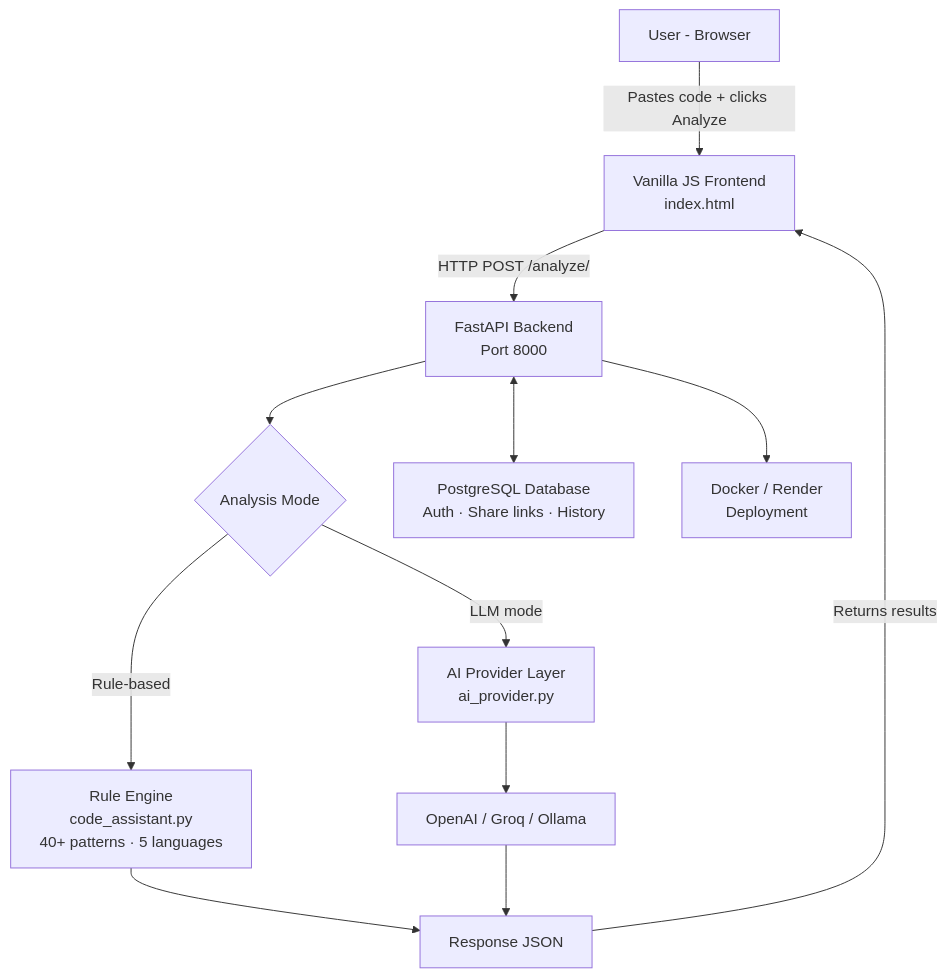
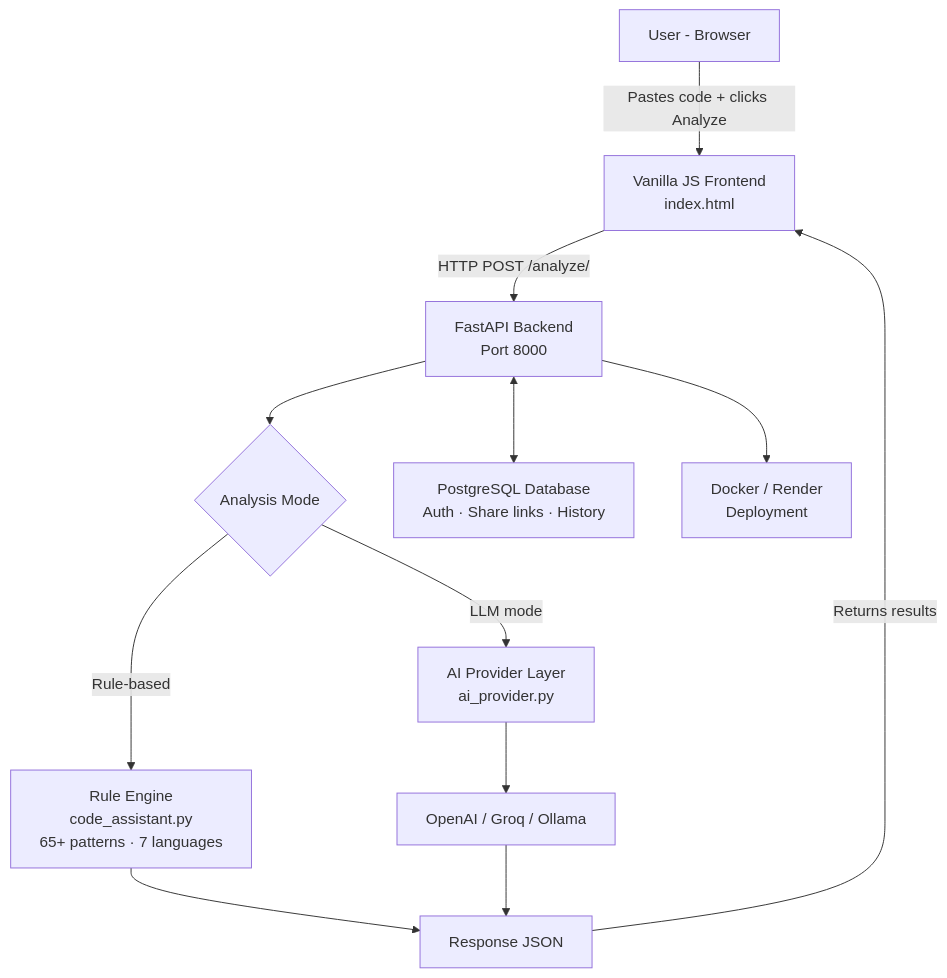
Before and after one commit to imDarshanGK/AI-dev-assistant: the diagram in docs/ARCHITECTURE.md, drawn with Mermaid. The commit also changed other lines of this file, not shown here.

Commit message:
docs: update ARCHITECTURE.md to reflect current system architecture (#1743)

````diff
--- a/docs/ARCHITECTURE.md
+++ b/docs/ARCHITECTURE.md
@@ -14,14 +16,14 @@
 ```mermaid
 flowchart TD
     A[User - Browser] -->|Pastes code + clicks Analyze| B[Vanilla JS Frontend\nindex.html]
     B -->|HTTP POST /analyze/| C[FastAPI Backend\nPort 8000]
     C --> D{Analysis Mode}
-    D -->|Rule-based| E[Rule Engine\ncode_assistant.py\n40+ patterns · 5 languages]
+    D -->|Rule-based| E[Rule Engine\ncode_assistant.py\n65+ patterns · 7 languages]
     D -->|LLM mode| F[AI Provider Layer\nai_provider.py]
     F --> G[OpenAI / Groq / Ollama]
     E --> H[Response JSON]
     G --> H
     H -->|Returns results| B
     C <--> I[PostgreSQL Database\nAuth · Share links · History]
     C --> J[Docker / Render\nDeployment]
 ```
````
